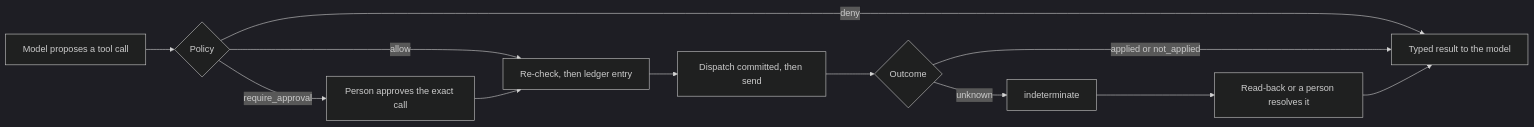
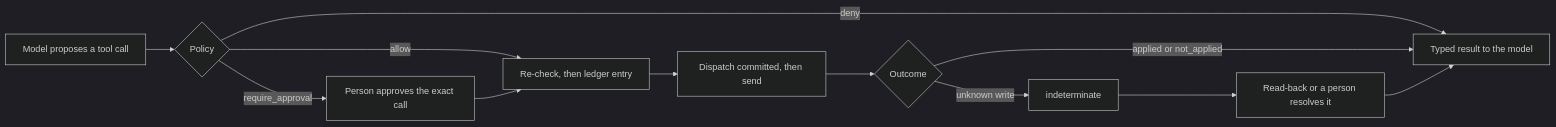
One commit to SwapnilJadhav11/Tether-Runtime changed the diagram in README.md. Above: the diagram before and after it, drawn with Mermaid (dark theme). The commit also changed other lines of this file and 1 other file, not shown here.

````diff
--- a/README.md
+++ b/README.md
@@ -48,14 +48,14 @@
 ```mermaid
 flowchart LR
     P[Model proposes a tool call] --> D{Policy}
     D -->|deny| R[Typed result to the model]
     D -->|require_approval| A[Person approves the exact call]
     D -->|allow| L[Re-check, then ledger entry]
     A --> L
     L --> S[Dispatch committed, then send]
     S --> O{Outcome}
     O -->|applied or not_applied| R
-    O -->|unknown| I[indeterminate]
+    O -->|unknown write| I[indeterminate]
     I --> V[Read-back or a person resolves it]
     V --> R
 ```
````
